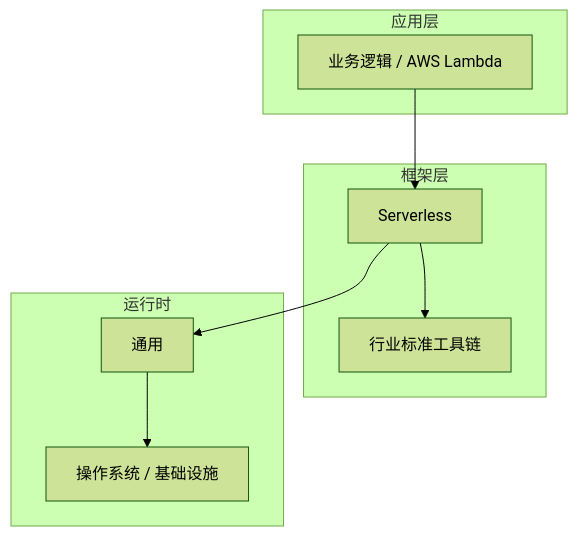
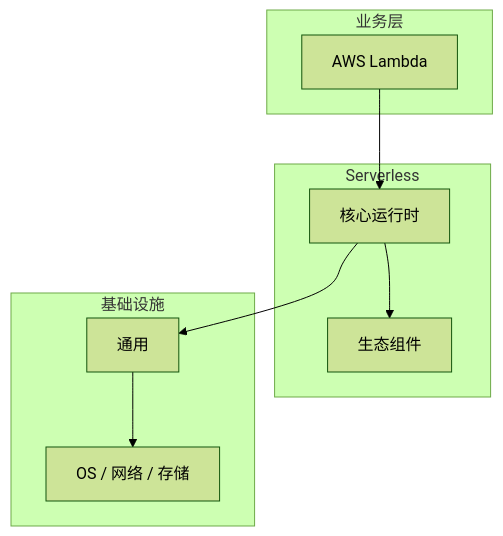
Before and after one commit to yanggan2015/knowledge-json-v2: the diagram in articles/Serverless/chapters/019-AWS-Lambda核心概念与原理.md, drawn with Mermaid (forest theme). The commit also changed other lines of this file and 10127 other files, not shown here.

````diff
--- a/articles/Serverless/chapters/019-AWS-Lambda核心概念与原理.md
+++ b/articles/Serverless/chapters/019-AWS-Lambda核心概念与原理.md
@@ -45,18 +34,18 @@
 ```mermaid
 graph TB
-    subgraph 应用层
-        A[业务逻辑 / AWS Lambda]
+    subgraph 业务层
+        A[AWS Lambda]
     end
-    subgraph 框架层
-        B[Serverless]
-        C[行业标准工具链]
+    subgraph Serverless
+        B[核心运行时]
+        C[生态组件]
     end
-    subgraph 运行时
+    subgraph 基础设施
         D[通用]
-        E[操作系统 / 基础设施]
+        E[OS / 网络 / 存储]
     end
     A --> B
     B --> C
     B --> D
     D --> E
 ```
````
